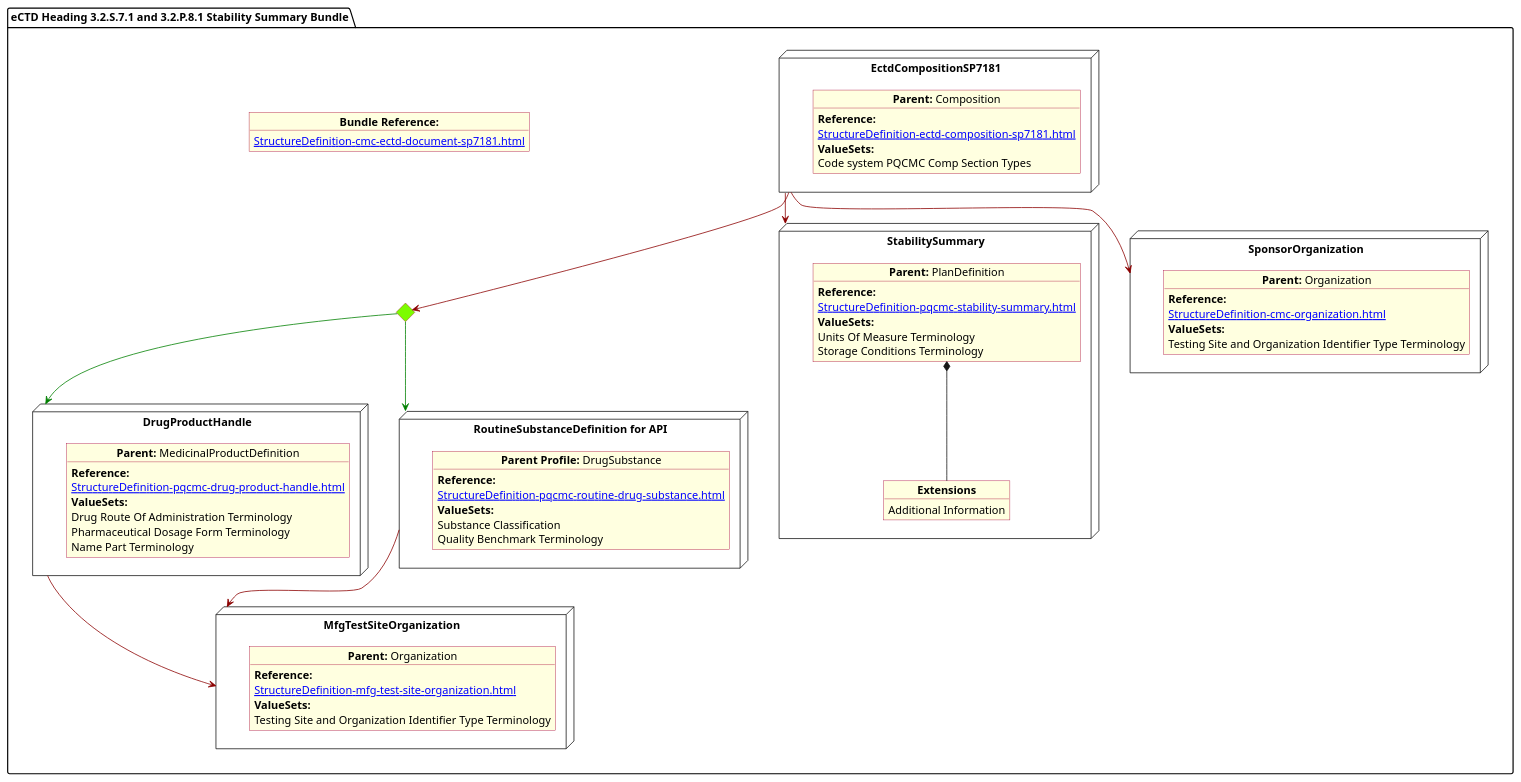
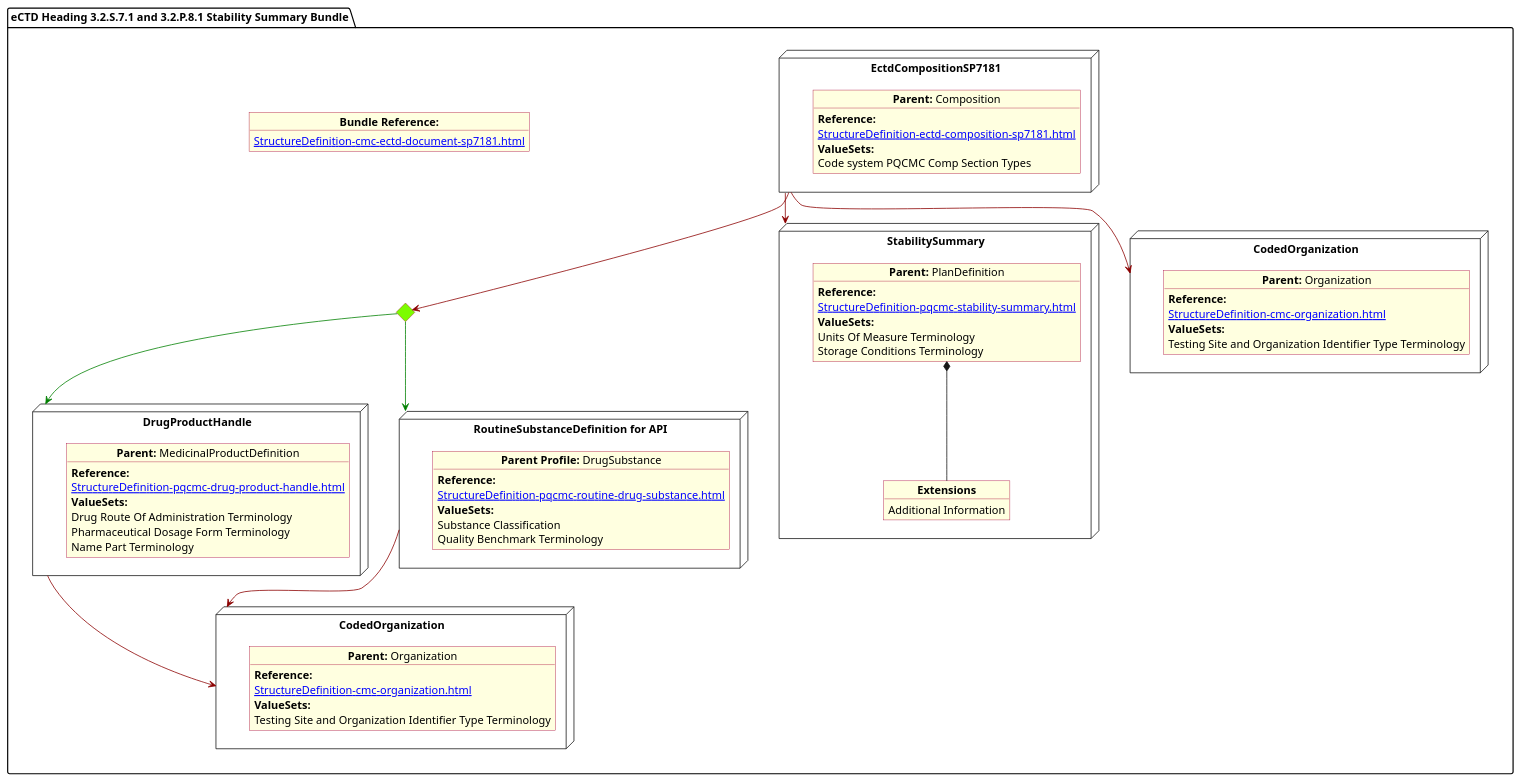
Before and after one commit to HL7/FHIR-us-pq-cmc-fda: the diagram in input/images-source/StabilitySummary.plantuml, drawn with PlantUML. The commit also changed 40 other files, not shown here.

```diff
--- a/input/images-source/StabilitySummary.plantuml
+++ b/input/images-source/StabilitySummary.plantuml
@@ -1,96 +1,96 @@
 @startuml StabilitySummary
 allowmixing
 'Mixed model of use case and object
 skinparam svgDimensionStyle false
 skinparam ObjectBackgroundColor LightYellow
 skinparam ObjectBorderColor #A80036
 skinparam activityDiamondBorderColor #A80036
 skinparam activityDiamondBackgroundColor lawnGreen
 skinparam ClassBorderThickness 4
 
 package "eCTD Heading 3.2.S.7.1 and 3.2.P.8.1 Stability Summary Bundle" as NODES {
       object "**Bundle Reference:**" as objbun {
             [[StructureDefinition-cmc-ectd-document-sp7181.html]]
       }
 
       node "DrugProductHandle" as NN {
 
             object "**Parent:** MedicinalProductDefinition" as obj3 {
                   **Reference:**
                   [[StructureDefinition-pqcmc-drug-product-handle.html]]
                   **ValueSets:**
                   Drug Route Of Administration Terminology
                   Pharmaceutical Dosage Form Terminology
                   Name Part Terminology
             }
       }
       diamond CH
 
       node "RoutineSubstanceDefinition for API" as NNS {
 
             object "**Parent Profile:** DrugSubstance" as obj4 {
                   **Reference:**
                   [[StructureDefinition-pqcmc-routine-drug-substance.html]]
                   **ValueSets:**
                   Substance Classification
                   Quality Benchmark Terminology
             }
       }
 
-      node "MfgTestSiteOrganization" as NMFG {
+      node "CodedOrganization" as NMFG {
 
             object "**Parent:** Organization" as objDP {
                   **Reference:**
-                  [[StructureDefinition-mfg-test-site-organization.html]]
+                  [[StructureDefinition-cmc-organization.html]]
                   **ValueSets:**
                   Testing Site and Organization Identifier Type Terminology
             }
       }
 
       node "StabilitySummary" as NMain {
 
             object "**Parent:** PlanDefinition" as objMain {
                   **Reference:**
                   [[StructureDefinition-pqcmc-stability-summary.html]]
                   **ValueSets:**
                   Units Of Measure Terminology
                   Storage Conditions Terminology
             }
 
             object "**Extensions**" as objExs2 {
                   Additional Information
             }
 
             objMain *-- objExs2
       }
 
       node "EctdCompositionSP7181" as N1 {
 
             object "**Parent:** Composition" as obj1 {
                   **Reference:**
                   [[StructureDefinition-ectd-composition-sp7181.html]]
                   **ValueSets:**
                   Code system PQCMC Comp Section Types
             }
       }
-      node "SponsorOrganization" as NSO {
+      node "CodedOrganization" as NSO {
 
             object "**Parent:** Organization" as objAu {
                   **Reference:**
                   [[StructureDefinition-cmc-organization.html]]
                   **ValueSets:**
                   Testing Site and Organization Identifier Type Terminology
             }
       }
 
       CH -[#green]-> NN
       CH -[#green]-> NNS
       N1 -[#darkred]-> CH
       N1 -[#darkred]-> NSO
       NN -[#darkred]-> NMFG
       NNS -[#darkred]-> NMFG
       N1 -[#darkred]-> NMain
 
 
 }
 @enduml
```
